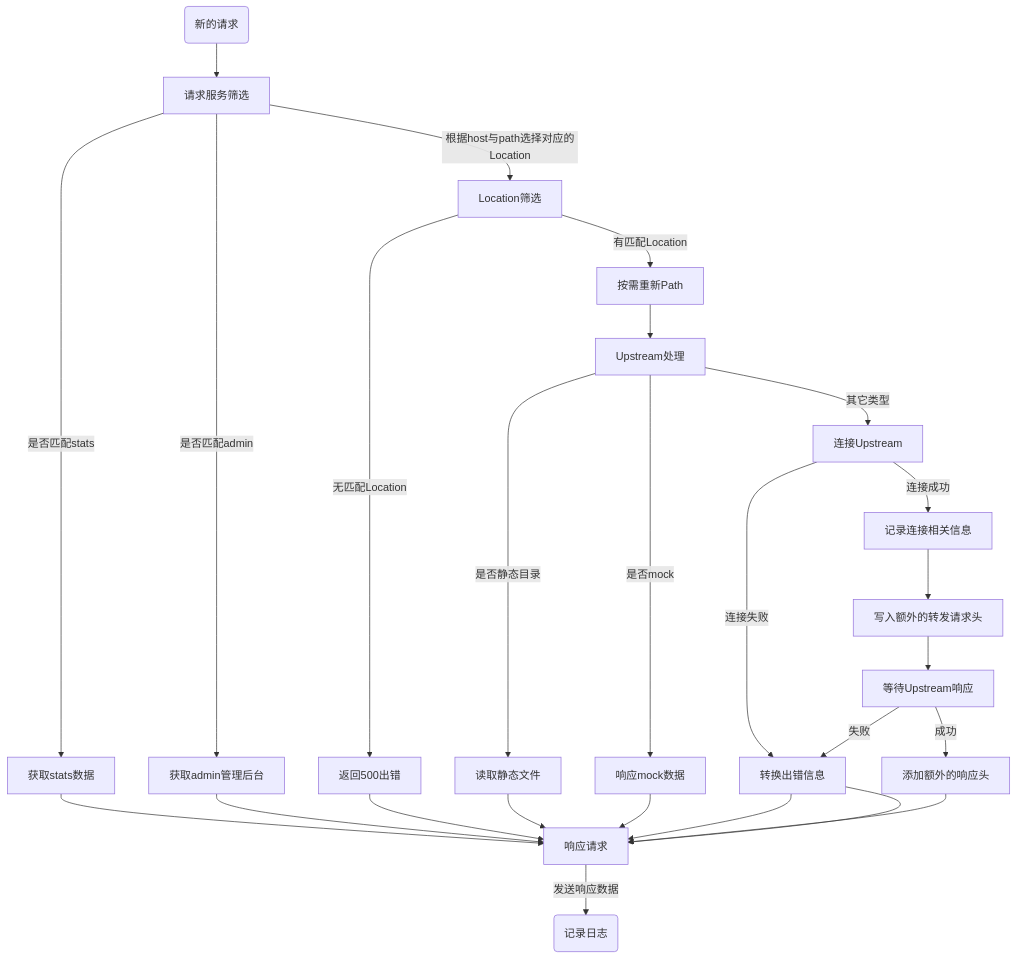
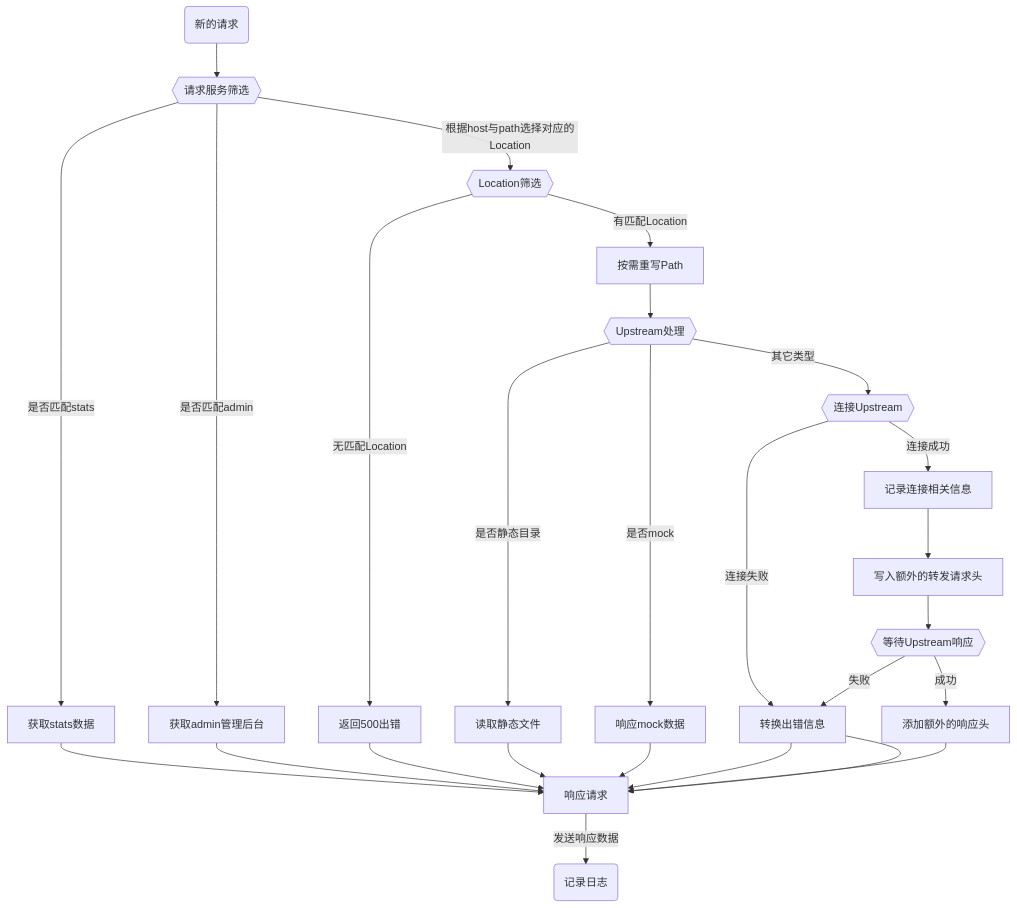
One commit to vicanso/pingap changed the diagram in docs/phase_chart_zh.md. Above: the diagram before and after it, drawn with Mermaid.

Commit message:
docs: update phase

````diff
--- a/docs/phase_chart_zh.md
+++ b/docs/phase_chart_zh.md
@@ -5,18 +5,18 @@
 ```mermaid
 graph TD;
-    start("新的请求")-->请求服务筛选;
-    请求服务筛选--是否匹配stats-->获取stats数据-->响应请求;
-    请求服务筛选--是否匹配admin-->获取admin管理后台-->响应请求;
-    请求服务筛选--根据host与path选择对应的Location-->Location筛选;
-    Location筛选--无匹配Location-->返回500出错-->响应请求;
-    Location筛选--有匹配Location-->按需重新Path-->Upstream处理;
-    Upstream处理--是否静态目录-->读取静态文件-->响应请求;
-    Upstream处理--是否mock-->响应mock数据-->响应请求;
-    Upstream处理--其它类型-->连接Upstream;
-    连接Upstream--连接失败-->转换出错信息-->响应请求;
-    连接Upstream--连接成功-->记录连接相关信息-->写入额外的转发请求头-->等待Upstream响应;
-    等待Upstream响应--成功-->添加额外的响应头-->响应请求;
-    等待Upstream响应--失败-->转换出错信息-->响应请求;
+    start("新的请求")-->ServiceFilter{{请求服务筛选}};
+    ServiceFilter--是否匹配stats-->获取stats数据-->响应请求;
+    ServiceFilter--是否匹配admin-->获取admin管理后台-->响应请求;
+    ServiceFilter--根据host与path选择对应的Location-->LocationFilter{{Location筛选}};
+    LocationFilter--无匹配Location-->返回500出错-->响应请求;
+    LocationFilter--有匹配Location-->按需重写Path-->UpstreamHandle{{Upstream处理}};
+    UpstreamHandle--是否静态目录-->读取静态文件-->响应请求;
+    UpstreamHandle--是否mock-->响应mock数据-->响应请求;
+    UpstreamHandle--其它类型-->UpstreamServe{{连接Upstream}};
+    UpstreamServe--连接失败-->转换出错信息-->响应请求;
+    UpstreamServe--连接成功-->记录连接相关信息-->写入额外的转发请求头-->UpstreamResponse{{等待Upstream响应}};
+    UpstreamResponse--成功-->添加额外的响应头-->响应请求;
+    UpstreamResponse--失败-->转换出错信息-->响应请求;
 
     响应请求--发送响应数据-->stop("记录日志");
 ```
````
